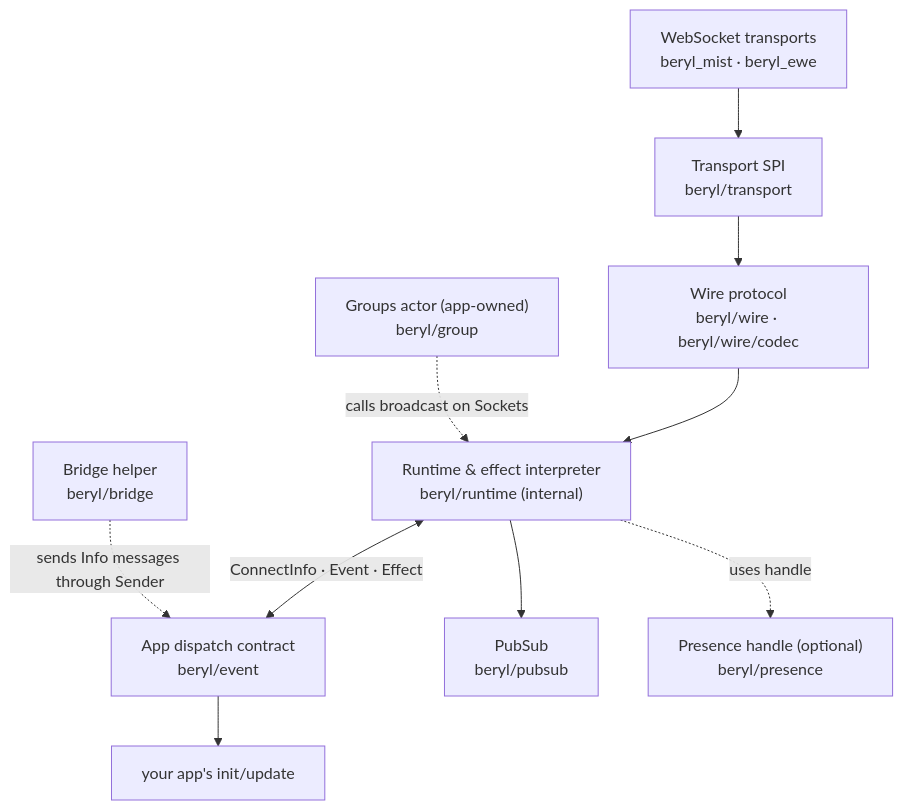
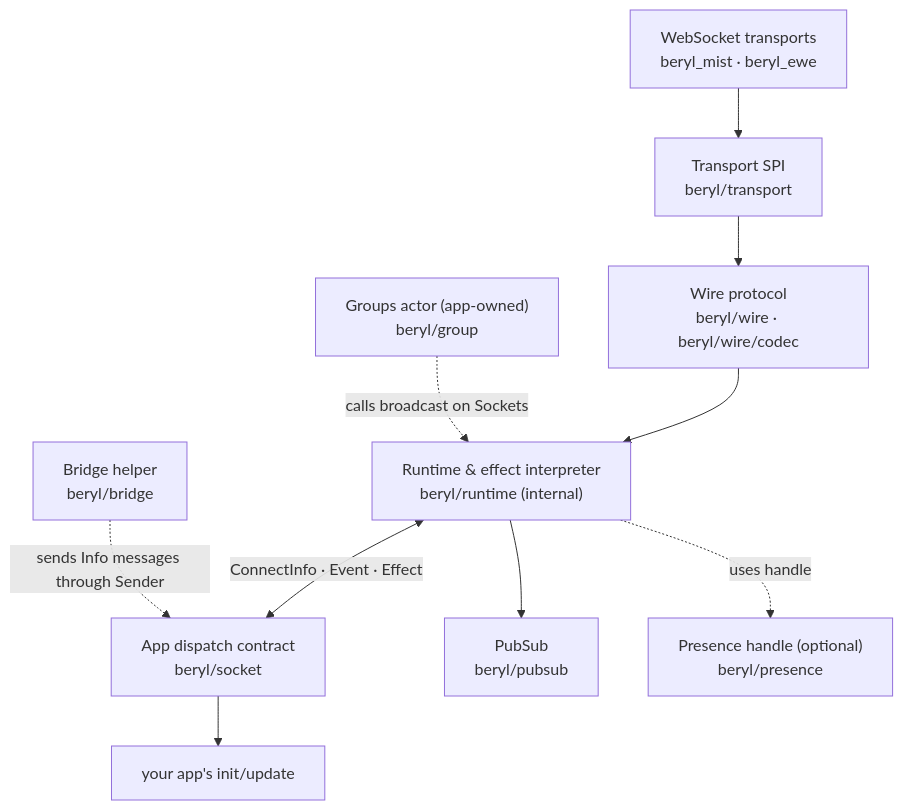
The first of 2 diagrams in website/src/content/docs/architecture/overview.md (tylerbutler/beryl), drawn with Mermaid before and after one commit. The commit also changed other lines of this file and 68 other files, not shown here.

First line of the commit message:
refactor(beryl)!: rename beryl/event module to beryl/socket

````diff
--- a/website/src/content/docs/architecture/overview.md
+++ b/website/src/content/docs/architecture/overview.md
@@ -22,21 +22,21 @@
 ```mermaid
 flowchart TB
   T["WebSocket transports<br/>beryl_mist · beryl_ewe"]
   SPI["Transport SPI<br/>beryl/transport"]
   W["Wire protocol<br/>beryl/wire · beryl/wire/codec"]
   R["Runtime & effect interpreter<br/>beryl/runtime (internal)"]
-  E["App dispatch contract<br/>beryl/event"]
+  E["App dispatch contract<br/>beryl/socket"]
   APP["your app's init/update"]
   PS["PubSub<br/>beryl/pubsub"]
   PR["Presence handle (optional)<br/>beryl/presence"]
   G["Groups actor (app-owned)<br/>beryl/group"]
   B["Bridge helper<br/>beryl/bridge"]
 
   T --> SPI --> W --> R
   R <-->|ConnectInfo · Event · Effect| E
   E --> APP
   R --> PS
   R -. uses handle .-> PR
   G -. calls broadcast on Sockets .-> R
   B -. sends Info messages through Sender .-> E
 ```
````
